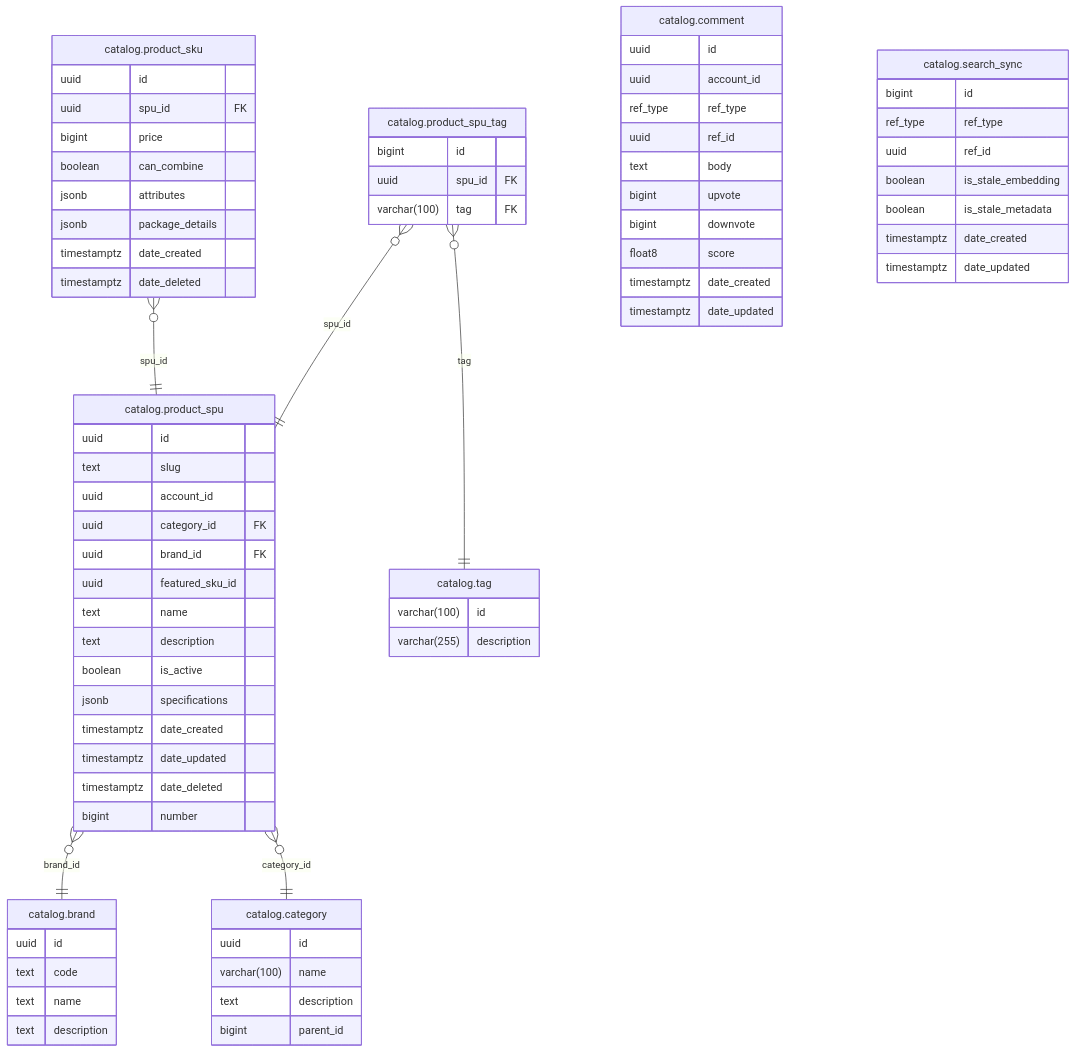
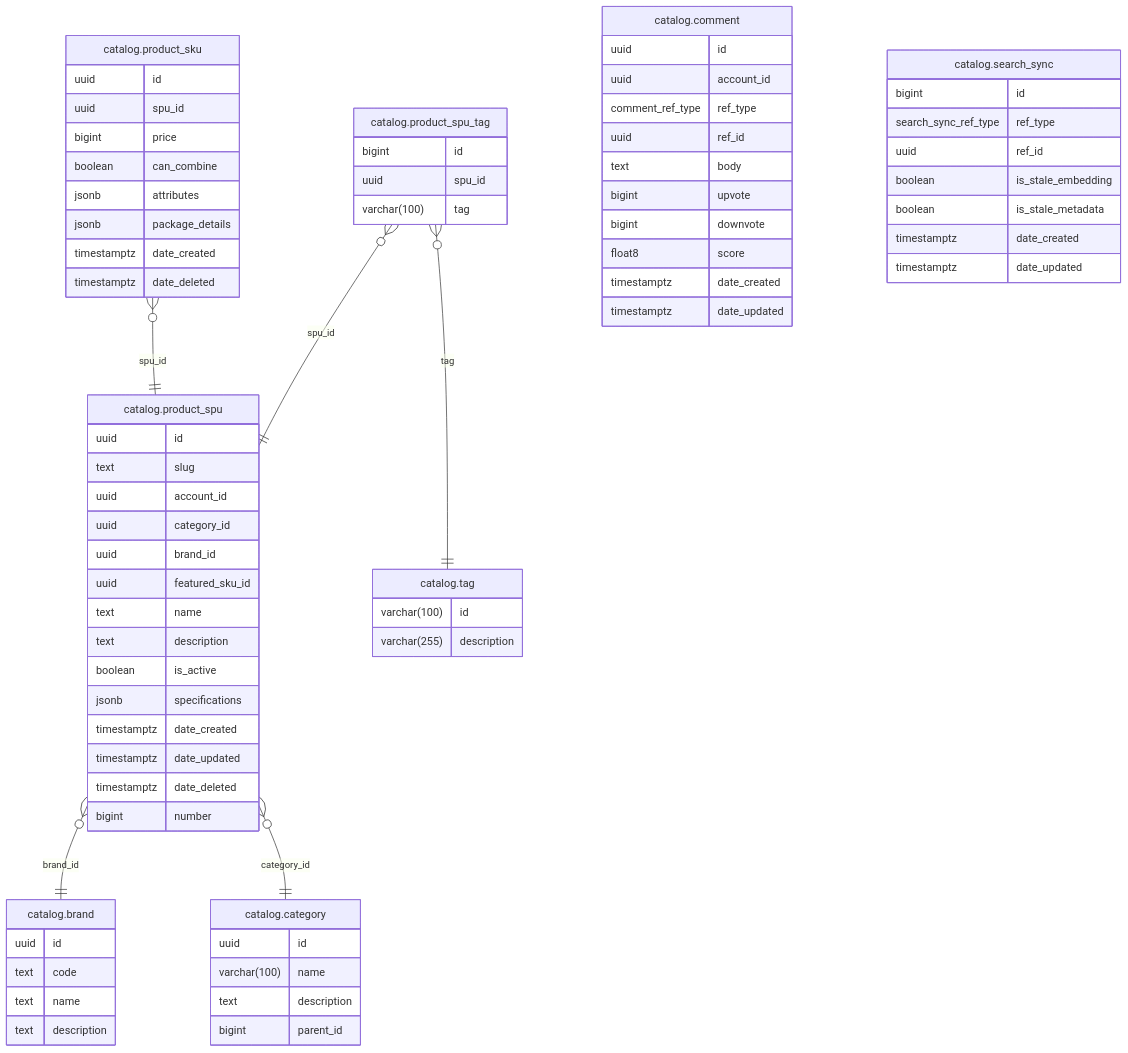
Before and after one commit to shopnexus/shopnexus-server: the diagram in internal/module/catalog/README.md, drawn with Mermaid. The commit also changed other lines of this file and 12 other files, not shown here.

Commit message:
add generating mermaid script & update all readmes

````diff
--- a/internal/module/catalog/README.md
+++ b/internal/module/catalog/README.md
@@ -105,77 +11,77 @@
 ```mermaid
 erDiagram
 "catalog.product_spu" }o--|| "catalog.brand" : "brand_id"
 "catalog.product_spu" }o--|| "catalog.category" : "category_id"
 "catalog.product_sku" }o--|| "catalog.product_spu" : "spu_id"
 "catalog.product_spu_tag" }o--|| "catalog.product_spu" : "spu_id"
 "catalog.product_spu_tag" }o--|| "catalog.tag" : "tag"
 
 "catalog.brand" {
   uuid id
   text code
   text name
   text description
 }
 "catalog.category" {
   uuid id
   varchar(100) name
   text description
   bigint parent_id
 }
 "catalog.comment" {
   uuid id
   uuid account_id
-  ref_type ref_type
+  comment_ref_type ref_type
   uuid ref_id
   text body
   bigint upvote
   bigint downvote
   float8 score
   timestamptz date_created
   timestamptz date_updated
 }
 "catalog.product_sku" {
   uuid id
-  uuid spu_id FK
+  uuid spu_id
   bigint price
   boolean can_combine
   jsonb attributes
   jsonb package_details
   timestamptz date_created
   timestamptz date_deleted
 }
 "catalog.product_spu" {
   uuid id
   text slug
   uuid account_id
-  uuid category_id FK
-  uuid brand_id FK
+  uuid category_id
+  uuid brand_id
   uuid featured_sku_id
   text name
   text description
   boolean is_active
   jsonb specifications
   timestamptz date_created
   timestamptz date_updated
   timestamptz date_deleted
   bigint number
 }
 "catalog.product_spu_tag" {
   bigint id
-  uuid spu_id FK
-  varchar(100) tag FK
+  uuid spu_id
+  varchar(100) tag
 }
 "catalog.search_sync" {
   bigint id
-  ref_type ref_type
+  search_sync_ref_type ref_type
   uuid ref_id
   boolean is_stale_embedding
   boolean is_stale_metadata
   timestamptz date_created
   timestamptz date_updated
 }
 "catalog.tag" {
   varchar(100) id
   varchar(255) description
 }
 ```
````
